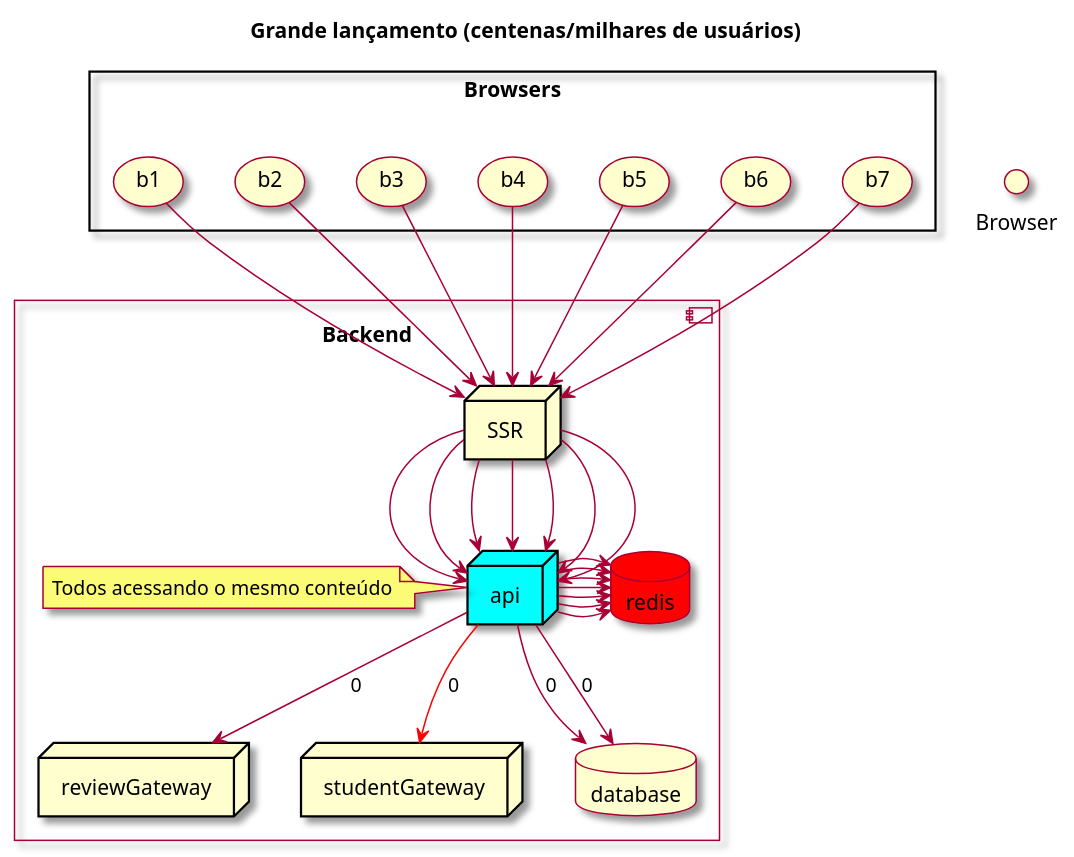
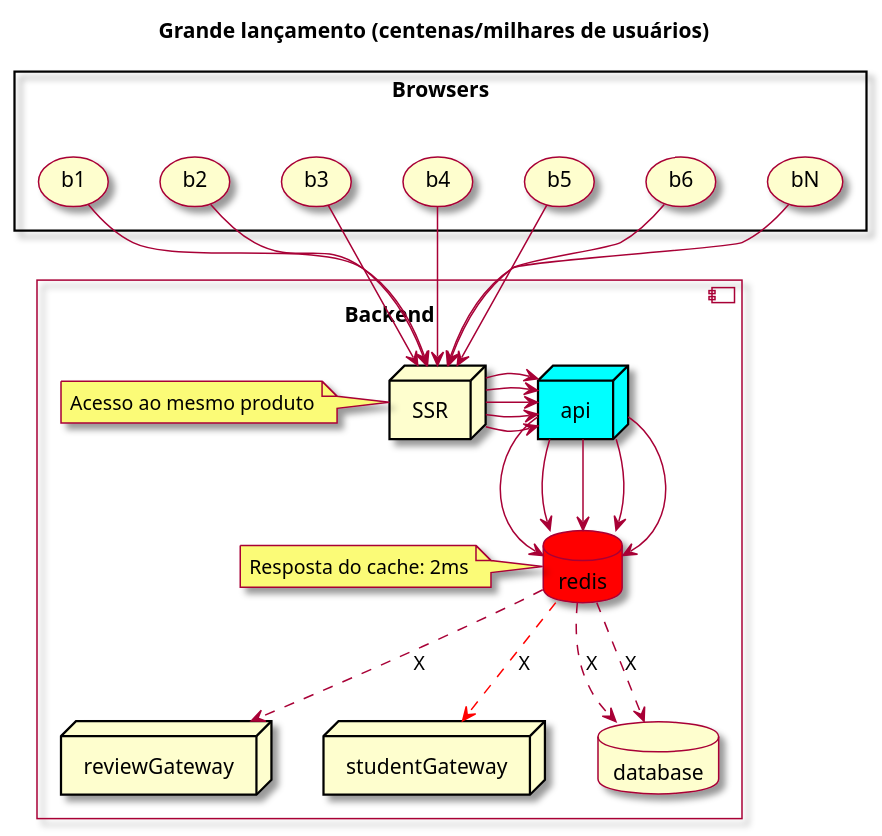
One commit to charlesardsilva/lecture-cache-content changed the diagram in docs/diagrams/request-lancamento.plantuml. Above: the diagram before and after it, drawn with PlantUML. The commit also changed 30 other files, not shown here.

Commit message:
Update diagram & code example

```diff
--- a/docs/diagrams/request-lancamento.plantuml
+++ b/docs/diagrams/request-lancamento.plantuml
@@ -1,60 +1,48 @@
 @startuml
 
 skin rose
 
 Title: Grande lançamento (centenas/milhares de usuários)
-
-interface "Browser" as browser
 
 component "Backend\n" {
 
   node SSR
   node "api" as backend #aqua
   node reviewGateway as reviewGateway
   node studentGateway as studentGateway
   database database
   database redis as redis  #red
 
-    SSR --> backend
-    SSR --> backend
-    SSR --> backend
-    SSR --> backend
-    SSR --> backend
-    SSR --> backend
-    SSR --> backend
+    SSR -> backend
+    note left of SSR: Acesso ao mesmo produto
+    SSR -> backend
+    SSR -> backend
+    SSR -> backend
+    SSR -> backend
 
-  backend -> redis
-  backend -> redis
-  backend -> redis
-  backend -> redis
-  backend -> redis
-  backend -> redis
-  backend -> redis
+  backend --> redis
+  backend --> redis
+  backend --> redis
+  backend --> redis
+  backend --> redis
 
-  backend --> database: 0
-  backend --> database: 0
-  backend --> reviewGateway: 0
-  backend --> studentGateway #red: 0
 
-  note left of backend: Todos acessando o mesmo conteúdo
+  redis ..> database: X
+  redis ..> database: X
+  redis ..> reviewGateway: X
+  redis ..> studentGateway #red: X
+
+  note left of redis: Resposta do cache: 2ms
 }
 
 rectangle "Browsers\n" {
     (b1) --> SSR
     (b2) --> SSR
     (b3) --> SSR
     (b4) --> SSR
     (b5) --> SSR
     (b6) --> SSR
-    (b7) --> SSR
+    (bN) --> SSR
 }
 
-
-
-
-
-
-
-
-
 @enduml
```
